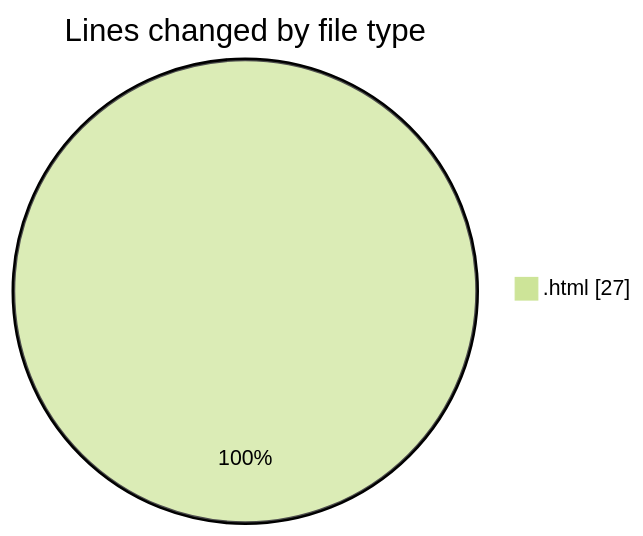
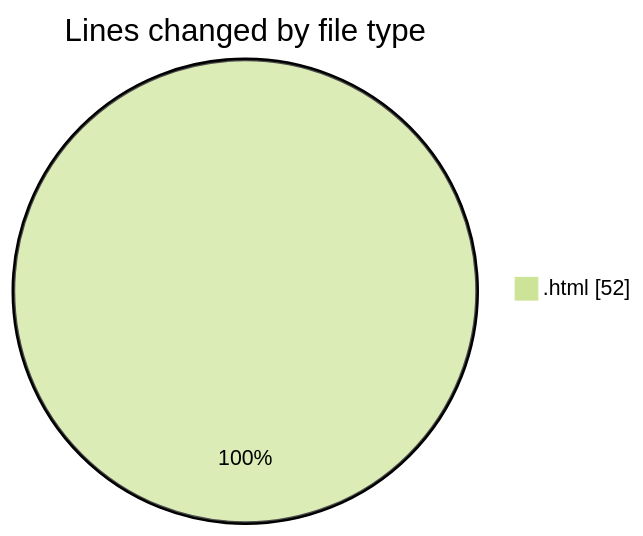
One commit to nxtqubesakshisongat/code-tracking changed the first of 2 diagrams in 2025-10-23/javacript/README.md. Above: the diagram before and after it, drawn with Mermaid (forest theme). The commit also changed other lines of this file and 1 other file, not shown here.

````diff
--- a/2025-10-23/javacript/README.md
+++ b/2025-10-23/javacript/README.md
@@ -20,5 +20,5 @@
 ```mermaid
 pie showData
 title Lines changed by file type
-".html" : 27
+".html" : 52
 ```
````
